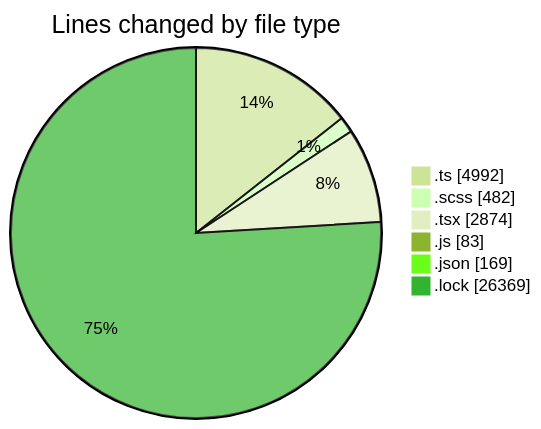
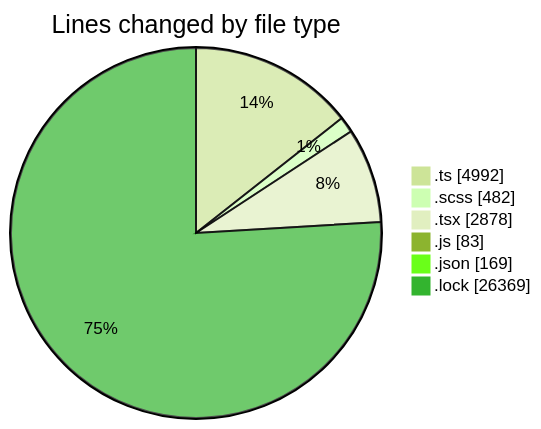
Before and after one commit to momahboobian/code-tracking: the first of 2 diagrams in 2025-09-12/cda/README.md, drawn with Mermaid (forest theme). The commit also changed other lines of this file and 1 other file, not shown here.

````diff
--- a/2025-09-12/cda/README.md
+++ b/2025-09-12/cda/README.md
@@ -35,10 +35,10 @@
 ```mermaid
 pie showData
 title Lines changed by file type
 ".ts" : 4992
 ".scss" : 482
-".tsx" : 2874
+".tsx" : 2878
 ".js" : 83
 ".json" : 169
 ".lock" : 26369
 ```
````
